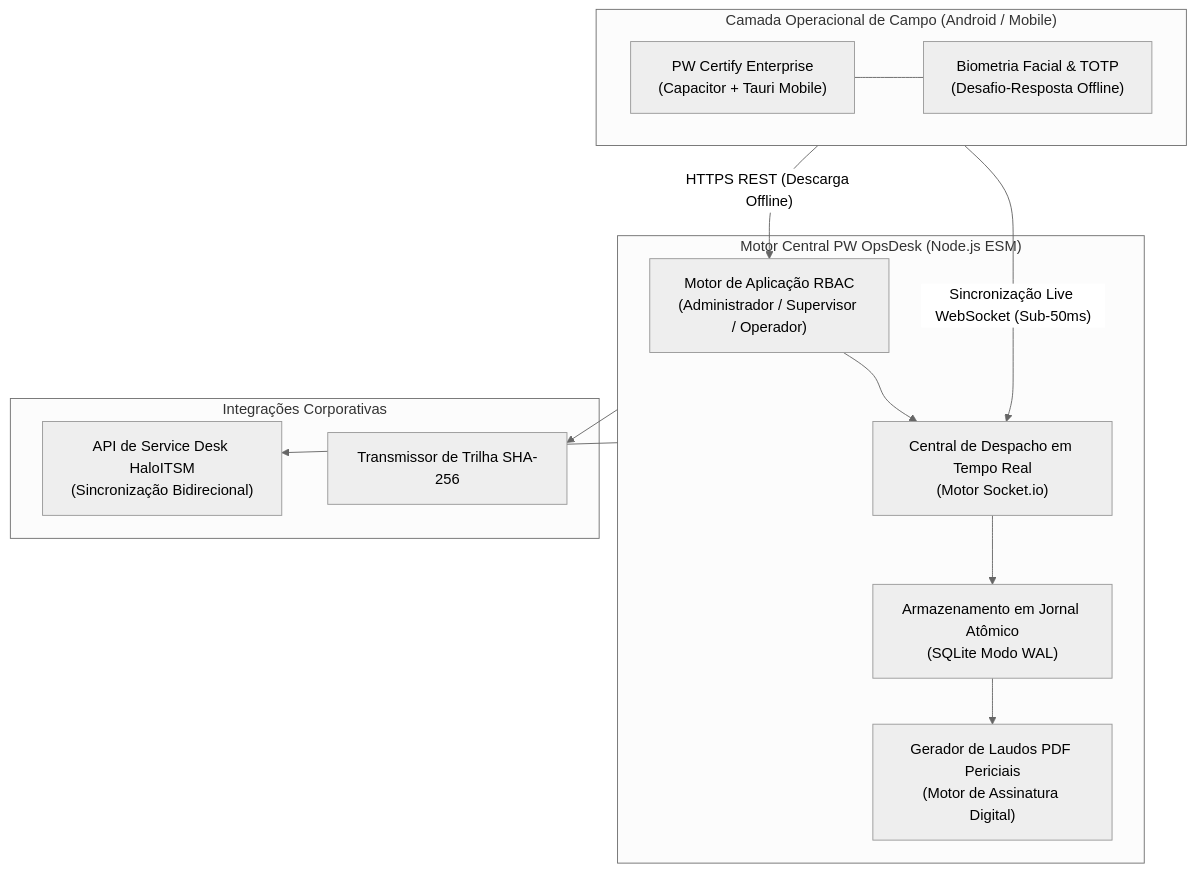
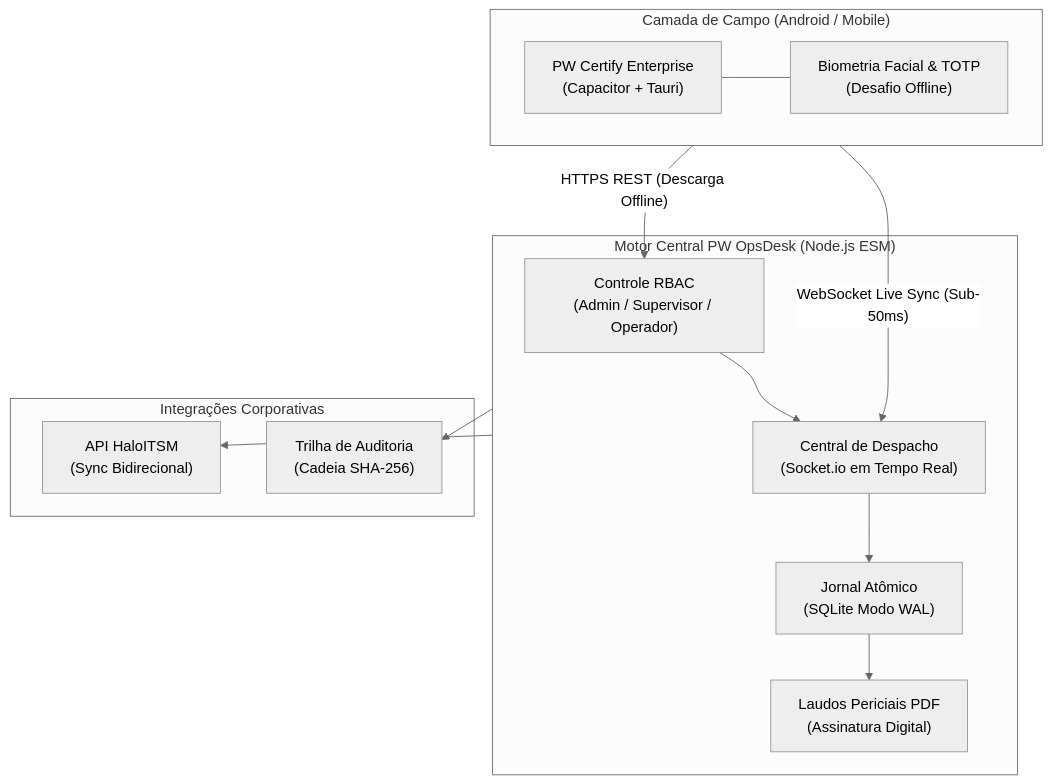
The diagram in README.pt-BR.md (welzim19-star/pw-opsdesk-showcase), drawn with Mermaid (neutral theme) before and after one commit. The commit also changed 1 other file, not shown here.

Commit message:
fix(diagram): format node labels with br and optimize label widths to eliminate text clipping

````diff
--- a/README.pt-BR.md
+++ b/README.pt-BR.md
@@ -23,29 +23,29 @@
 ```mermaid
 flowchart TD
-    subgraph FIELD_CLIENTS["Camada Operacional de Campo (Android / Mobile)"]
-        Inspector["PW Certify Enterprise<br/>(Capacitor + Tauri Mobile)"]
-        Biometrics["Biometria Facial & TOTP<br/>(Desafio-Resposta Offline)"]
+    subgraph FIELD_CLIENTS["Camada de Campo (Android / Mobile)"]
+        Inspector["PW Certify Enterprise<br/>(Capacitor + Tauri)"]
+        Biometrics["Biometria Facial & TOTP<br/>(Desafio Offline)"]
         Inspector --- Biometrics
     end
 
     subgraph CORE_SERVER["Motor Central PW OpsDesk (Node.js ESM)"]
-        Auth["Motor de Aplicação RBAC<br/>(Administrador / Supervisor / Operador)"]
-        SocketHub["Central de Despacho em Tempo Real<br/>(Motor Socket.io)"]
-        Storage["Armazenamento em Jornal Atômico<br/>(SQLite Modo WAL)"]
-        PDF["Gerador de Laudos PDF Periciais<br/>(Motor de Assinatura Digital)"]
+        Auth["Controle RBAC<br/>(Admin / Supervisor / Operador)"]
+        SocketHub["Central de Despacho<br/>(Socket.io em Tempo Real)"]
+        Storage["Jornal Atômico<br/>(SQLite Modo WAL)"]
+        PDF["Laudos Periciais PDF<br/>(Assinatura Digital)"]
         
         Auth --> SocketHub
         SocketHub --> Storage
         Storage --> PDF
     end
 
     subgraph EXTERNAL["Integrações Corporativas"]
-        HaloITSM["API de Service Desk HaloITSM<br/>(Sincronização Bidirecional)"]
-        AuditStream["Transmissor de Trilha SHA-256"]
+        HaloITSM["API HaloITSM<br/>(Sync Bidirecional)"]
+        AuditStream["Trilha de Auditoria<br/>(Cadeia SHA-256)"]
     end
 
-    FIELD_CLIENTS -- "Sincronização Live WebSocket (Sub-50ms)" --> SocketHub
+    FIELD_CLIENTS -- "WebSocket Live Sync (Sub-50ms)" --> SocketHub
     FIELD_CLIENTS -- "HTTPS REST (Descarga Offline)" --> Auth
     CORE_SERVER --> HaloITSM
     CORE_SERVER --> AuditStream
 ```
````
